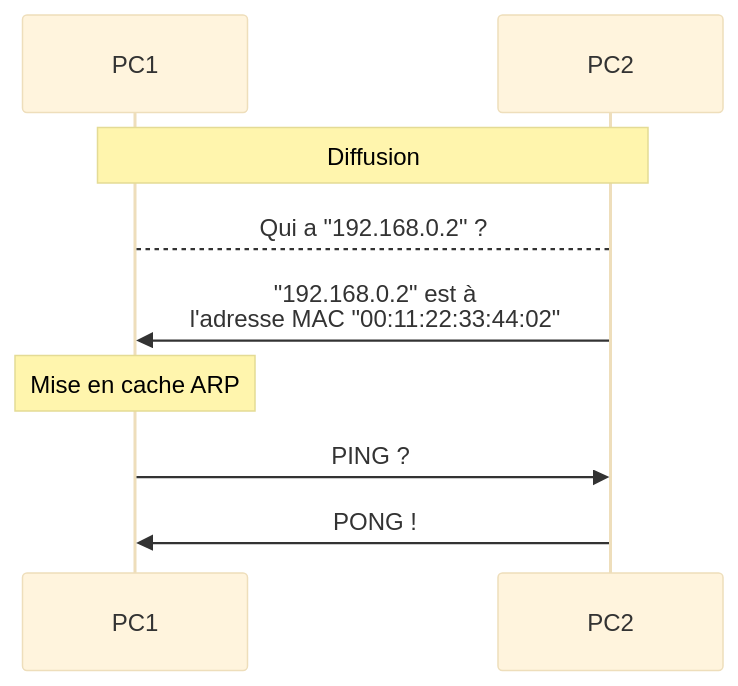
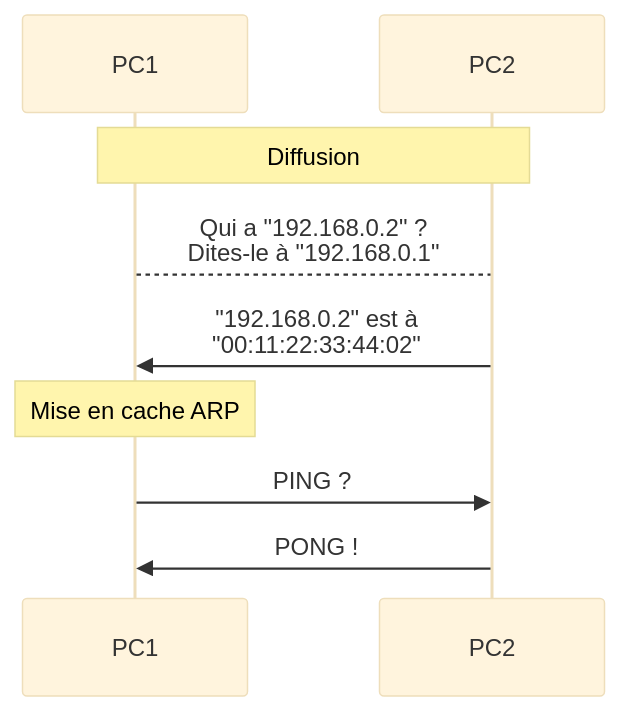
One commit to Max13/Cours changed the diagram in Réseau/Protocole ARP.md. Above: the diagram before and after it, drawn with Mermaid. The commit also changed 1 other file, not shown here.

Commit message:
ARP Diagram

````diff
--- a/Réseau/Protocole ARP.md
+++ b/Réseau/Protocole ARP.md
@@ -27,10 +27,10 @@
 ```mermaid
     %%{init: {'theme': 'base', 'themeVariables': {'noteTextColor': '#000'}}}%%
 	sequenceDiagram
 		Note over PC1,PC2: Diffusion
-		PC1-->PC2: Qui a "192.168.0.2" ?
-		PC2->>PC1: "192.168.0.2" est à<br>l'adresse MAC "00:11:22:33:44:02"
+		PC1-->PC2: Qui a "192.168.0.2" ?<br>Dites-le à "192.168.0.1"
+		PC2->>PC1: "192.168.0.2" est à<br>"00:11:22:33:44:02"
 		Note over PC1: Mise en cache ARP
 		PC1->>PC2: PING ?
 		PC2->>PC1: PONG !
 ```
````
